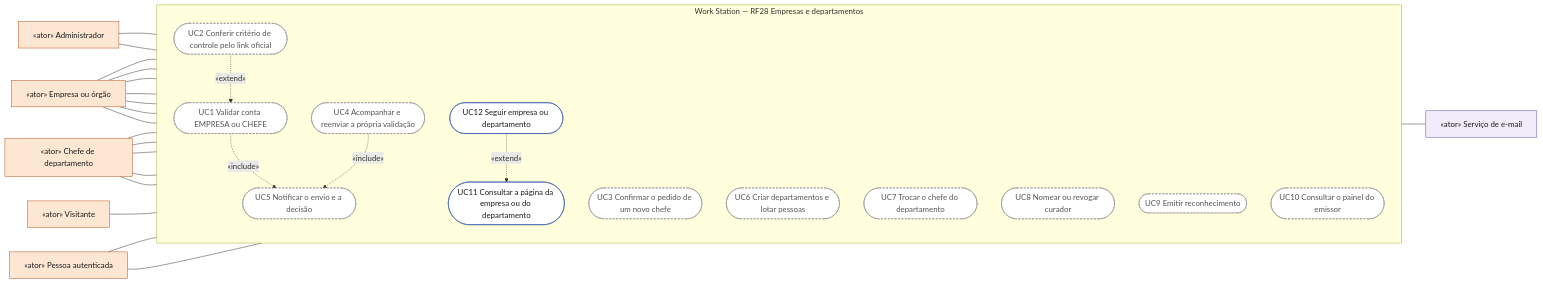
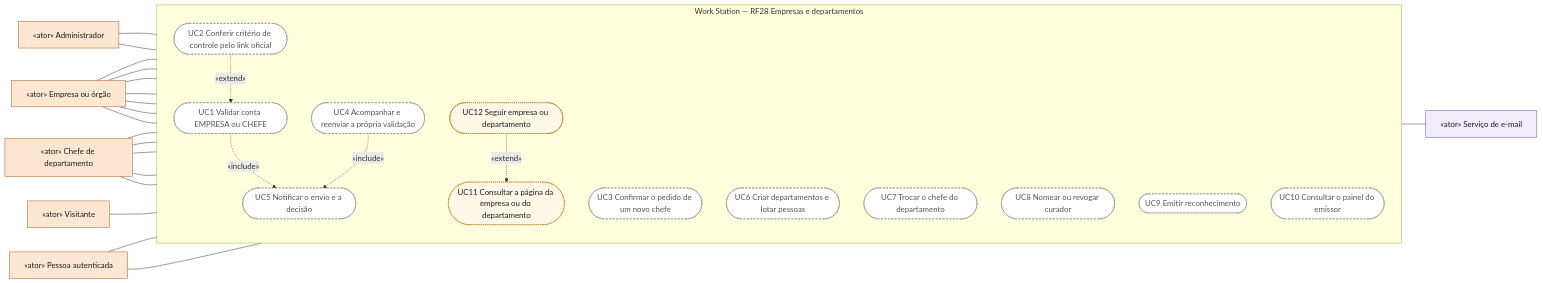
Before and after one commit to MatheusHaliski/Decia-app-2026: the first of 7 diagrams in docs/diagramas/RF28/README.md, drawn with Mermaid. The commit also changed other lines of this file and 13 other files, not shown here.

First line of the commit message:
docs(diagramas): classe ucDemo para casos de uso que só funcionam com dados de demonstração

````diff
--- a/docs/diagramas/RF28/README.md
+++ b/docs/diagramas/RF28/README.md
@@ -11,50 +11,51 @@
 ```mermaid
 flowchart LR
   classDef ator fill:#fde7d3,stroke:#b4531a,color:#1b1b1b
   classDef atorSis fill:#f1ecf9,stroke:#6a4bb3,color:#1b1b1b
   classDef uc fill:#ffffff,stroke:#3557a6,color:#1b1b1b
   classDef ucPlan fill:#ffffff,stroke:#8a8a8a,stroke-dasharray:4 3,color:#555555
+  classDef ucDemo fill:#fff8e6,stroke:#b26a00,stroke-dasharray:2 2,color:#1b1b1b
   admin["«ator» Administrador"]:::ator
   empresa["«ator» Empresa ou órgão"]:::ator
   chefe["«ator» Chefe de departamento"]:::ator
   visitante["«ator» Visitante"]:::ator
   autenticado["«ator» Pessoa autenticada"]:::ator
   subgraph SIS["Work Station — RF28 Empresas e departamentos"]
     direction TB
     UC1(["UC1 Validar conta EMPRESA ou CHEFE"]):::ucPlan
     UC2(["UC2 Conferir critério de controle pelo link oficial"]):::ucPlan
     UC3(["UC3 Confirmar o pedido de um novo chefe"]):::ucPlan
     UC4(["UC4 Acompanhar e reenviar a própria validação"]):::ucPlan
     UC5(["UC5 Notificar o envio e a decisão"]):::ucPlan
     UC6(["UC6 Criar departamentos e lotar pessoas"]):::ucPlan
     UC7(["UC7 Trocar o chefe do departamento"]):::ucPlan
     UC8(["UC8 Nomear ou revogar curador"]):::ucPlan
     UC9(["UC9 Emitir reconhecimento"]):::ucPlan
     UC10(["UC10 Consultar o painel do emissor"]):::ucPlan
-    UC11(["UC11 Consultar a página da empresa ou do departamento"]):::uc
-    UC12(["UC12 Seguir empresa ou departamento"]):::uc
+    UC11(["UC11 Consultar a página da empresa ou do departamento"]):::ucDemo
+    UC12(["UC12 Seguir empresa ou departamento"]):::ucDemo
   end
   email["«ator» Serviço de e-mail"]:::atorSis
   admin --- UC1
   admin --- UC2
   empresa --- UC3
   empresa --- UC4
   empresa --- UC6
   empresa --- UC7
   empresa --- UC8
   empresa --- UC9
   empresa --- UC10
   chefe --- UC3
   chefe --- UC4
   chefe --- UC8
   chefe --- UC9
   chefe --- UC10
   visitante --- UC11
   autenticado --- UC11
   autenticado --- UC12
   UC1 -. "«include»" .-> UC5
   UC4 -. "«include»" .-> UC5
   UC2 -. "«extend»" .-> UC1
   UC12 -. "«extend»" .-> UC11
   UC5 --- email
 ```
````
